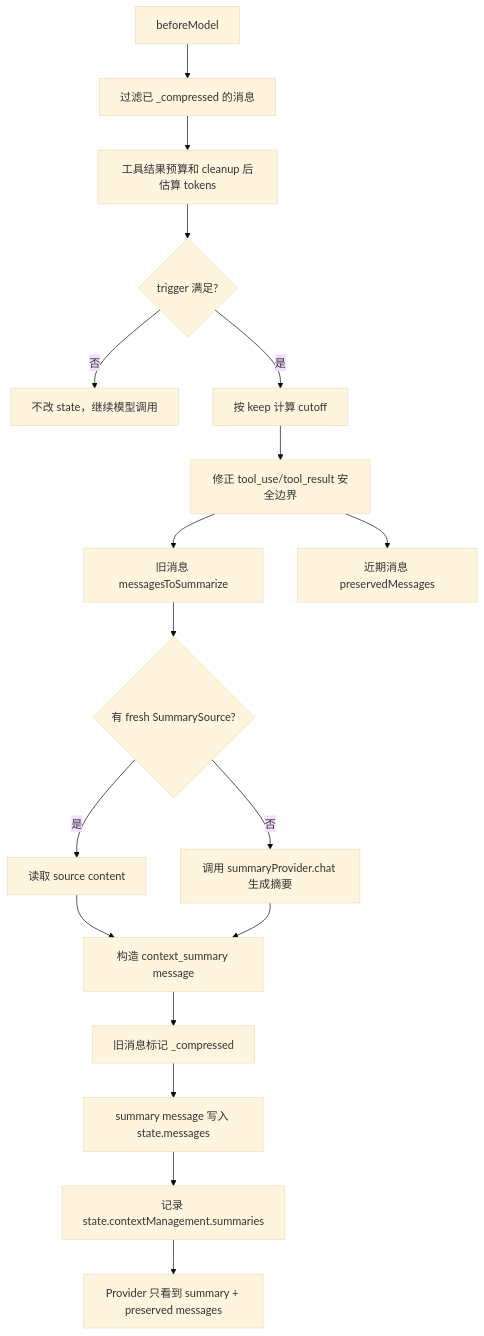
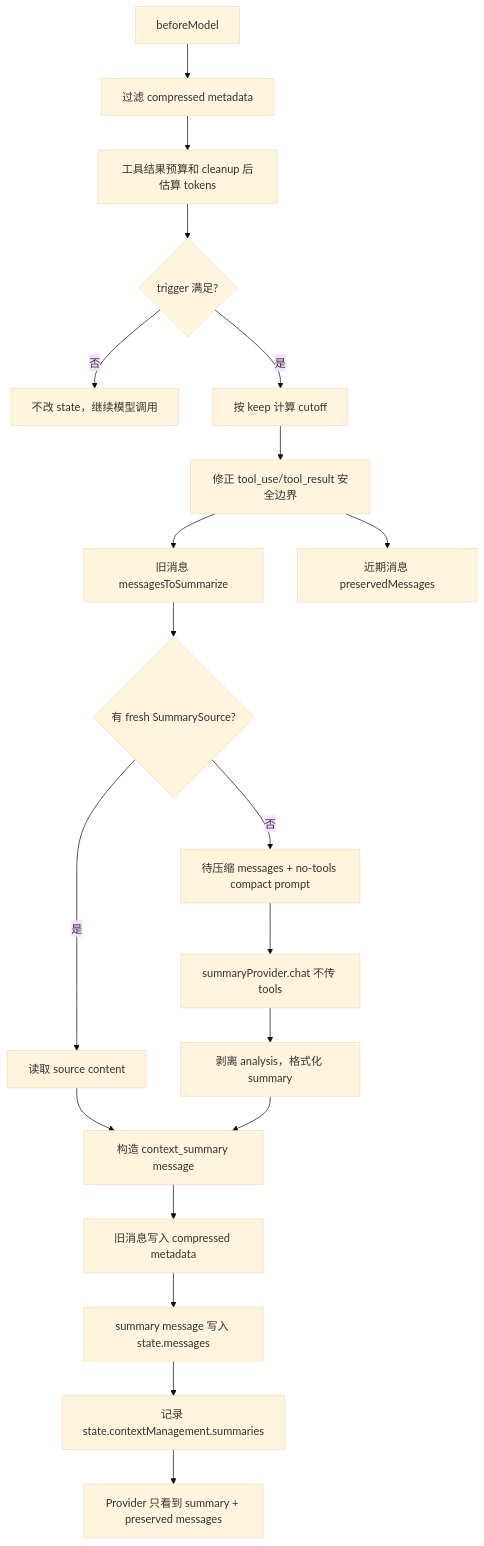
Before and after one commit to zixingtangmouren/mech-code: the second of 3 diagrams in docs/16-context-management-middleware-design.md, drawn with Mermaid (base theme). The commit also changed other lines of this file and 38 other files, not shown here.

````diff
--- a/docs/16-context-management-middleware-design.md
+++ b/docs/16-context-management-middleware-design.md
@@ -305,20 +342,22 @@
 ```mermaid
 flowchart TD
-  A["beforeModel"] --> B["过滤已 _compressed 的消息"]
+  A["beforeModel"] --> B["过滤 compressed metadata"]
   B --> C["工具结果预算和 cleanup 后估算 tokens"]
   C --> D{"trigger 满足?"}
   D -- 否 --> E["不改 state，继续模型调用"]
   D -- 是 --> F["按 keep 计算 cutoff"]
   F --> G["修正 tool_use/tool_result 安全边界"]
   G --> H["旧消息 messagesToSummarize"]
   G --> I["近期消息 preservedMessages"]
   H --> J{"有 fresh SummarySource?"}
   J -- 是 --> K["读取 source content"]
-  J -- 否 --> L["调用 summaryProvider.chat 生成摘要"]
+  J -- 否 --> L["待压缩 messages + no-tools compact prompt"]
+  L --> R["summaryProvider.chat 不传 tools"]
+  R --> S["剥离 analysis，格式化 summary"]
   K --> M["构造 context_summary message"]
-  L --> M
-  M --> N["旧消息标记 _compressed"]
+  S --> M
+  M --> N["旧消息写入 compressed metadata"]
   N --> O["summary message 写入 state.messages"]
   O --> P["记录 state.contextManagement.summaries"]
   P --> Q["Provider 只看到 summary + preserved messages"]
 ```
````
